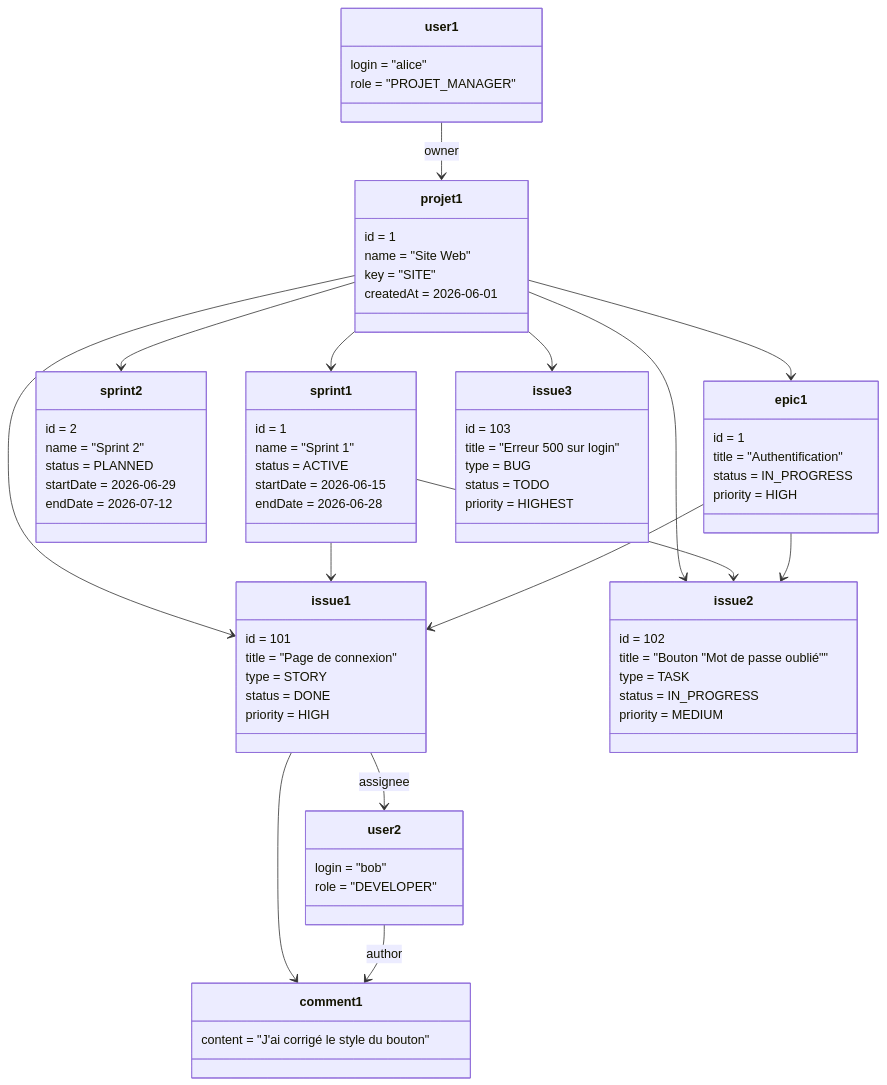
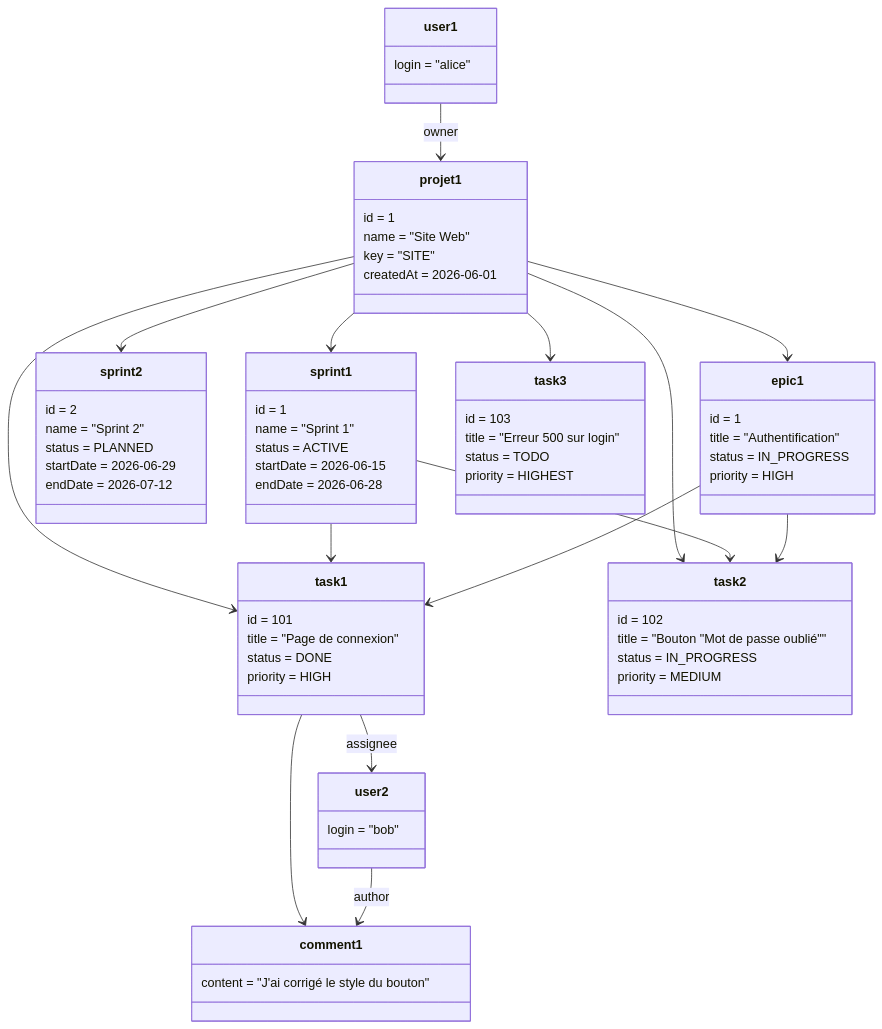
One commit to 24231-Brahim/gestion_taches changed diagram 14 of 19 in docs/fiche-classes.md. Above: the diagram before and after it, drawn with Mermaid. The commit also changed other lines of this file and 42 other files, not shown here.

````diff
--- a/docs/fiche-classes.md
+++ b/docs/fiche-classes.md
@@ -695,26 +684,23 @@
         priority = HIGH
     }
 
-    class issue1 {
+    class task1 {
         id = 101
         title = "Page de connexion"
-        type = STORY
         status = DONE
         priority = HIGH
     }
 
-    class issue2 {
+    class task2 {
         id = 102
         title = "Bouton "Mot de passe oublié""
-        type = TASK
         status = IN_PROGRESS
         priority = MEDIUM
     }
 
-    class issue3 {
+    class task3 {
         id = 103
         title = "Erreur 500 sur login"
-        type = BUG
         status = TODO
         priority = HIGHEST
     }
@@ -725,26 +711,24 @@
 
     class user1 {
         login = "alice"
-        role = "PROJET_MANAGER"
     }
 
     class user2 {
         login = "bob"
-        role = "DEVELOPER"
     }
 
     projet1 --> sprint1
     projet1 --> sprint2
     projet1 --> epic1
-    projet1 --> issue1
-    projet1 --> issue2
-    projet1 --> issue3
-    sprint1 --> issue1
-    sprint1 --> issue2
-    epic1 --> issue1
-    epic1 --> issue2
+    projet1 --> task1
+    projet1 --> task2
+    projet1 --> task3
+    sprint1 --> task1
+    sprint1 --> task2
+    epic1 --> task1
+    epic1 --> task2
     user1 --> projet1 : owner
-    issue1 --> user2 : assignee
-    issue1 --> comment1
+    task1 --> user2 : assignee
+    task1 --> comment1
     user2 --> comment1 : author
 ```
````
